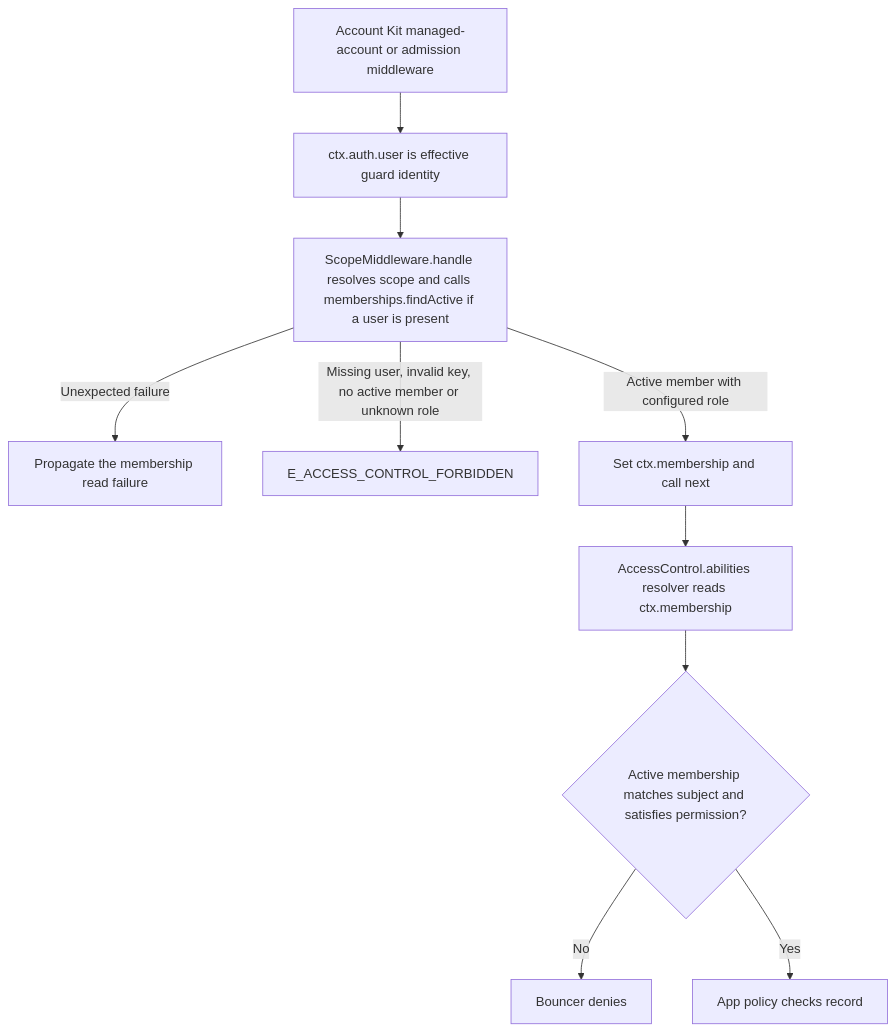
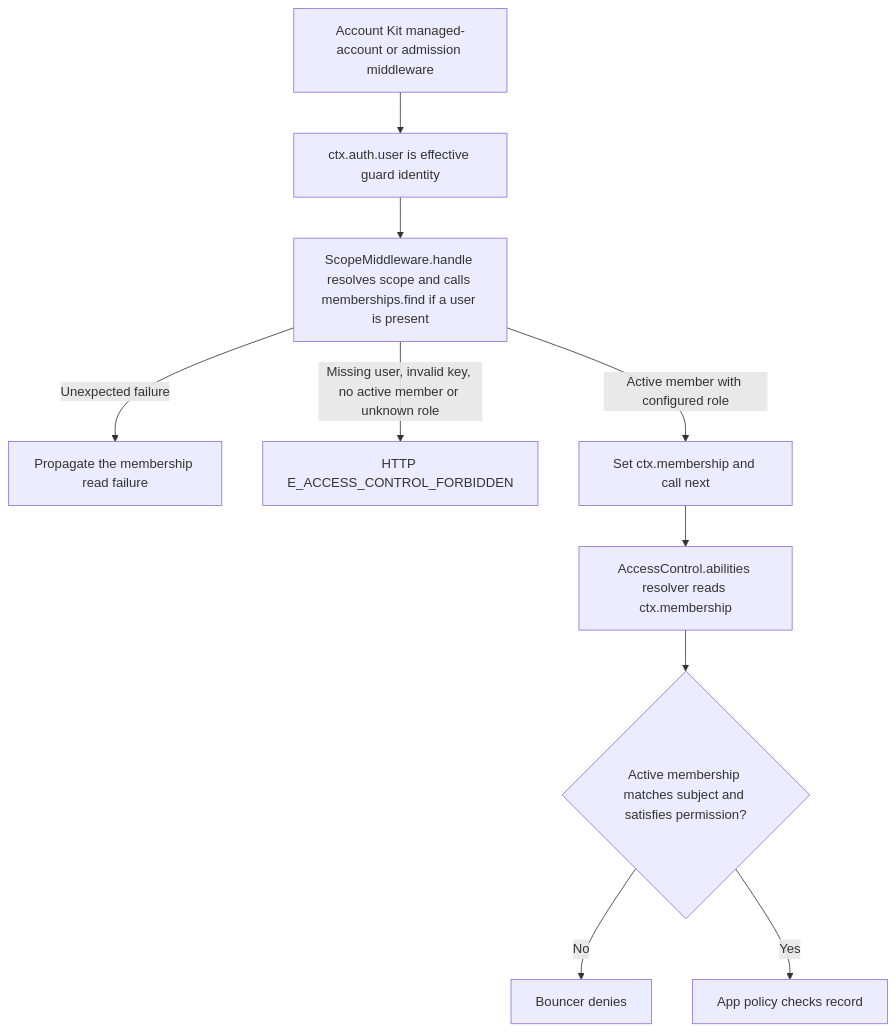
The second of 2 diagrams in user-stories/US-ACCESS-02-enter-scoped-route.md (Kevinjohn/oss-adonisjs-access-control), drawn with Mermaid before and after one commit. The commit also changed 42 other files, not shown here.

Commit message:
Expose distinct Access Control failure causes

````diff
--- a/user-stories/US-ACCESS-02-enter-scoped-route.md
+++ b/user-stories/US-ACCESS-02-enter-scoped-route.md
@@ -42,12 +42,12 @@
 ```mermaid
 flowchart TD
     A["Account Kit managed-account or admission middleware"] --> B["ctx.auth.user is effective guard identity"]
-    B --> C["ScopeMiddleware.handle resolves scope and calls memberships.findActive if a user is present"]
+    B --> C["ScopeMiddleware.handle resolves scope and calls memberships.find if a user is present"]
     C -->|Unexpected failure| X["Propagate the membership read failure"]
-    C -->|Missing user, invalid key, no active member or unknown role| E["E_ACCESS_CONTROL_FORBIDDEN"]
+    C -->|Missing user, invalid key, no active member or unknown role| E["HTTP E_ACCESS_CONTROL_FORBIDDEN"]
     C -->|Active member with configured role| F["Set ctx.membership and call next"]
     F --> G["AccessControl.abilities resolver reads ctx.membership"]
     G --> H{"Active membership matches subject and satisfies permission?"}
     H -->|No| I["Bouncer denies"]
     H -->|Yes| J["App policy checks record"]
 ```
````
